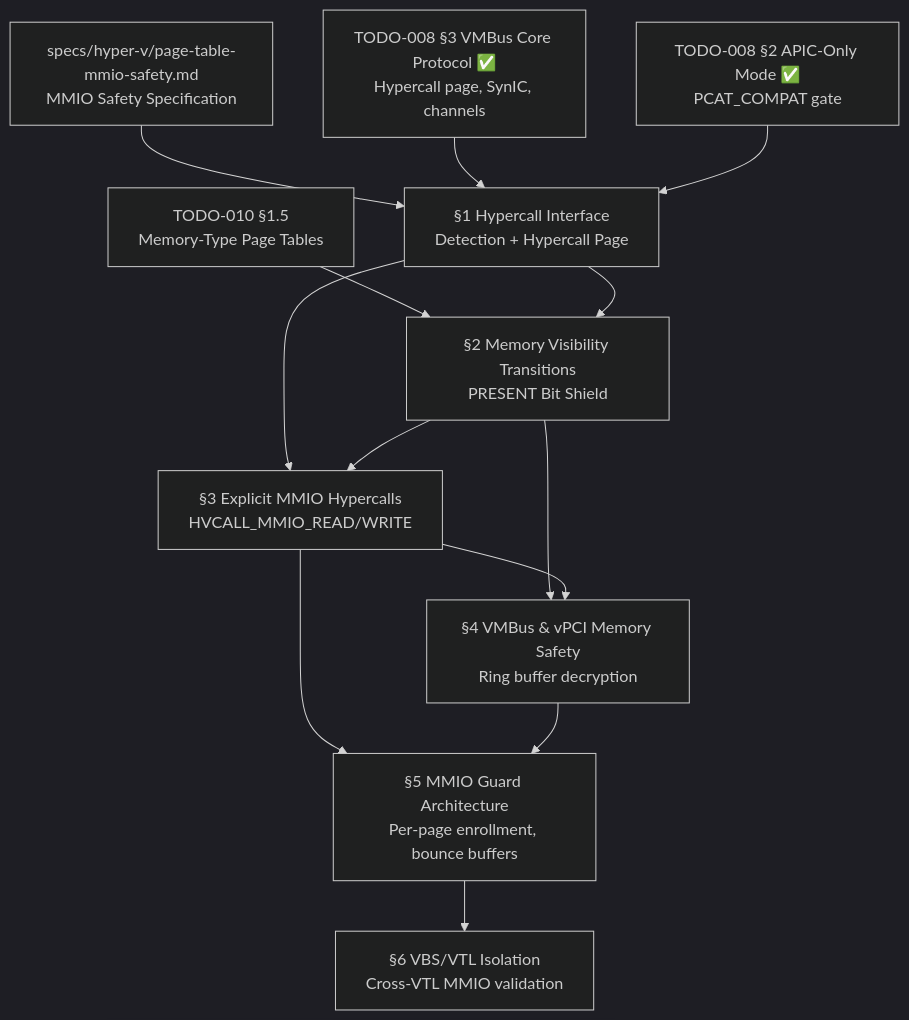
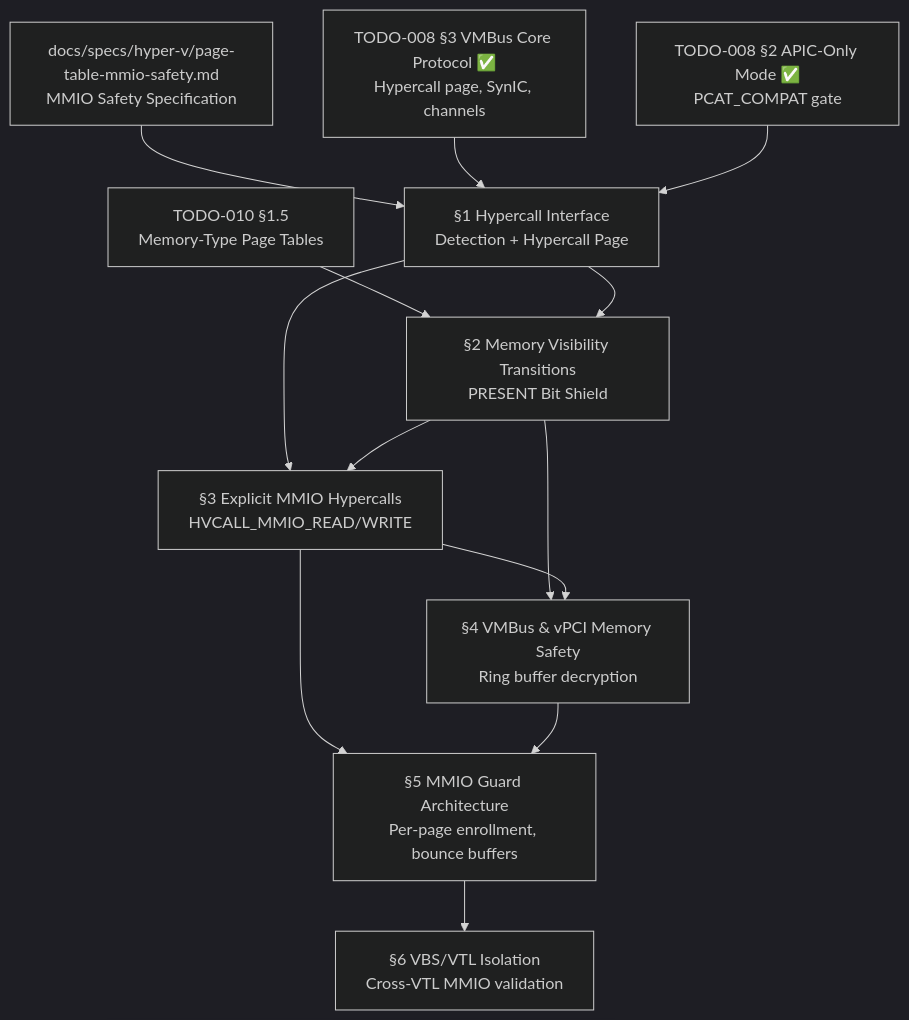
One commit to rizonesoft/impossible-os changed the diagram in todo/000-Infrastructure/TODO-008-Hyper-V-Runner/TODO-008.06-Page-Table-MMIO.md. Above: the diagram before and after it, drawn with Mermaid (dark theme). The commit also changed other lines of this file and 54 other files, not shown here.

````diff
--- a/todo/000-Infrastructure/TODO-008-Hyper-V-Runner/TODO-008.06-Page-Table-MMIO.md
+++ b/todo/000-Infrastructure/TODO-008-Hyper-V-Runner/TODO-008.06-Page-Table-MMIO.md
@@ -42,27 +42,27 @@
 ```mermaid
 graph TD
-    SPEC["specs/hyper-v/page-table-mmio-safety.md<br/>MMIO Safety Specification"]
+    SPEC["docs/specs/hyper-v/page-table-mmio-safety.md<br/>MMIO Safety Specification"]
     VMBUS["TODO-008 §3 VMBus Core Protocol ✅<br/>Hypercall page, SynIC, channels"]
     BOOTLOADER["TODO-010 §1.5<br/>Memory-Type Page Tables"]
     APIC["TODO-008 §2 APIC-Only Mode ✅<br/>PCAT_COMPAT gate"]
 
     A["§1 Hypercall Interface<br/>Detection + Hypercall Page"]
     B["§2 Memory Visibility Transitions<br/>PRESENT Bit Shield"]
     C["§3 Explicit MMIO Hypercalls<br/>HVCALL_MMIO_READ/WRITE"]
     D["§4 VMBus & vPCI Memory Safety<br/>Ring buffer decryption"]
     E["§5 MMIO Guard Architecture<br/>Per-page enrollment, bounce buffers"]
     F["§6 VBS/VTL Isolation<br/>Cross-VTL MMIO validation"]
 
     SPEC --> A
     VMBUS --> A
     BOOTLOADER --> B
     APIC --> A
     A --> B
     A --> C
     B --> C
     B --> D
     C --> D
     C --> E
     D --> E
     E --> F
 ```
````
